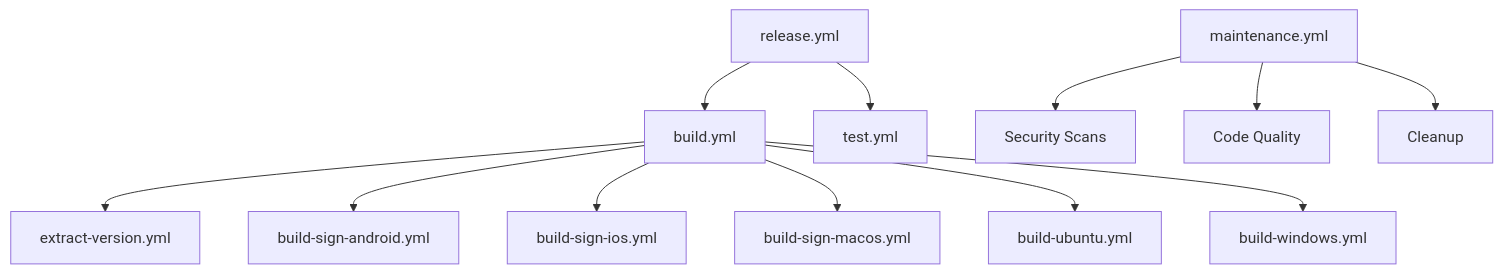
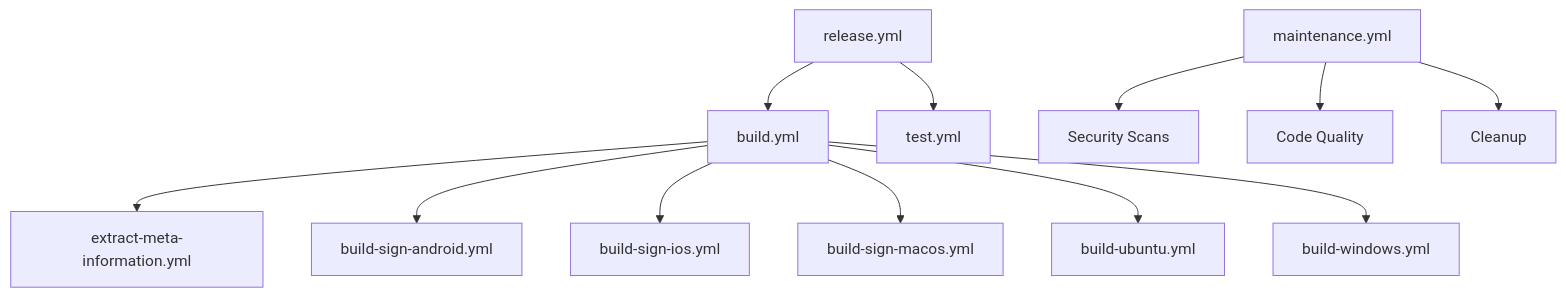
Before and after one commit to yiheee-lab/tauri-template: the diagram in .github/workflows/README.md, drawn with Mermaid. The commit also changed other lines of this file and 4 other files, not shown here.

````diff
--- a/.github/workflows/README.md
+++ b/.github/workflows/README.md
@@ -68,16 +68,16 @@
 ```mermaid
 graph TD
-    A[build.yml] --> B[extract-version.yml]
+    A[build.yml] --> B[extract-meta-information.yml]
     A --> C[build-sign-android.yml]
     A --> D[build-sign-ios.yml]
     A --> E[build-sign-macos.yml]
     A --> F[build-ubuntu.yml]
     A --> G[build-windows.yml]
     
     H[release.yml] --> I[test.yml]
     H --> A
     
     J[maintenance.yml] --> K[Security Scans]
     J --> L[Code Quality]
     J --> M[Cleanup]
 ```
````
